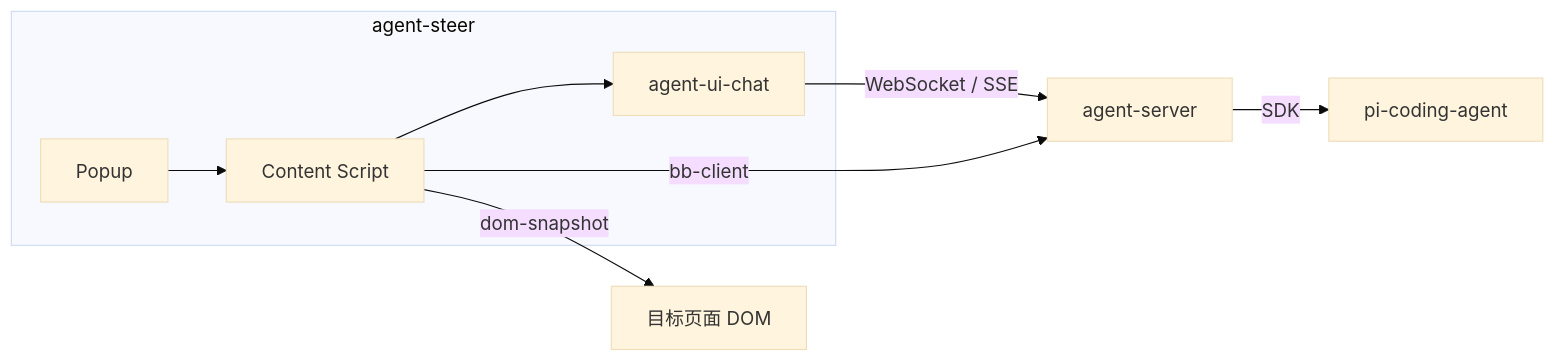
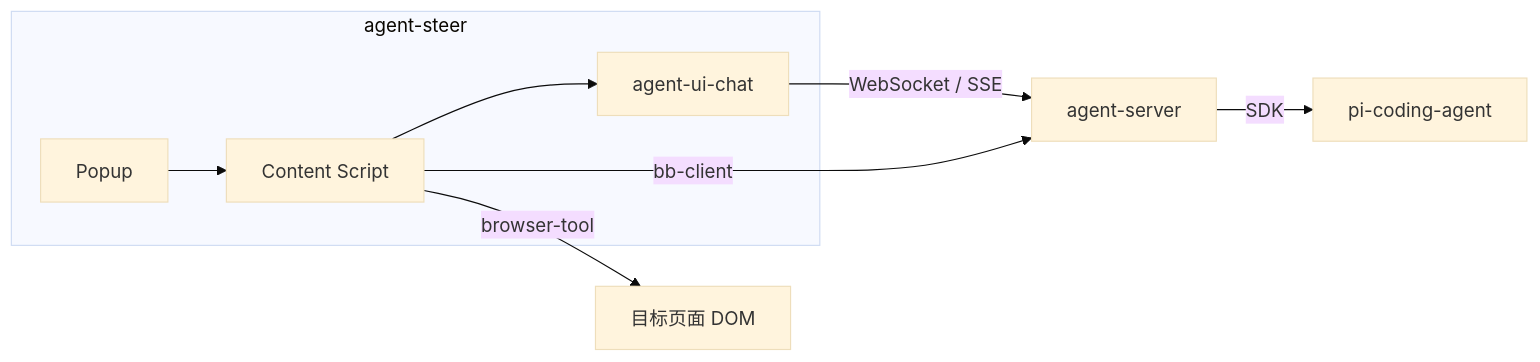
The second of 2 diagrams in neo/design/docs/technical/agent-steer/index.md (zhaoxin34/matrix), drawn with Mermaid (base theme) before and after one commit. The commit also changed other lines of this file and 7 other files, not shown here.

````diff
--- a/neo/design/docs/technical/agent-steer/index.md
+++ b/neo/design/docs/technical/agent-steer/index.md
@@ -144,12 +144,12 @@
 ```mermaid
 graph LR
     subgraph AgentSteer["agent-steer"]
         A[Popup] --> B[Content Script]
         B --> C[agent-ui-chat]
     end
     
     C -->|WebSocket / SSE| D[agent-server]
-    B -->|dom-snapshot| E[目标页面 DOM]
+    B -->|browser-tool| E[目标页面 DOM]
     B -->|bb-client| D
     D -->|SDK| F[pi-coding-agent]
 ```
````
